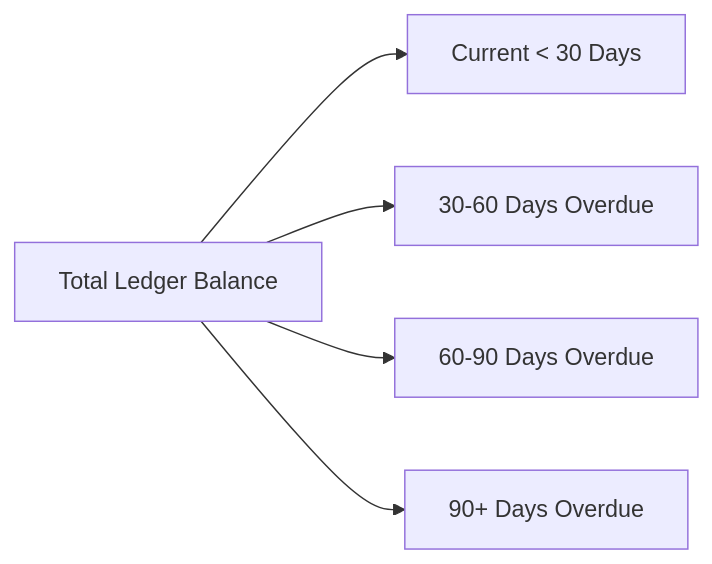
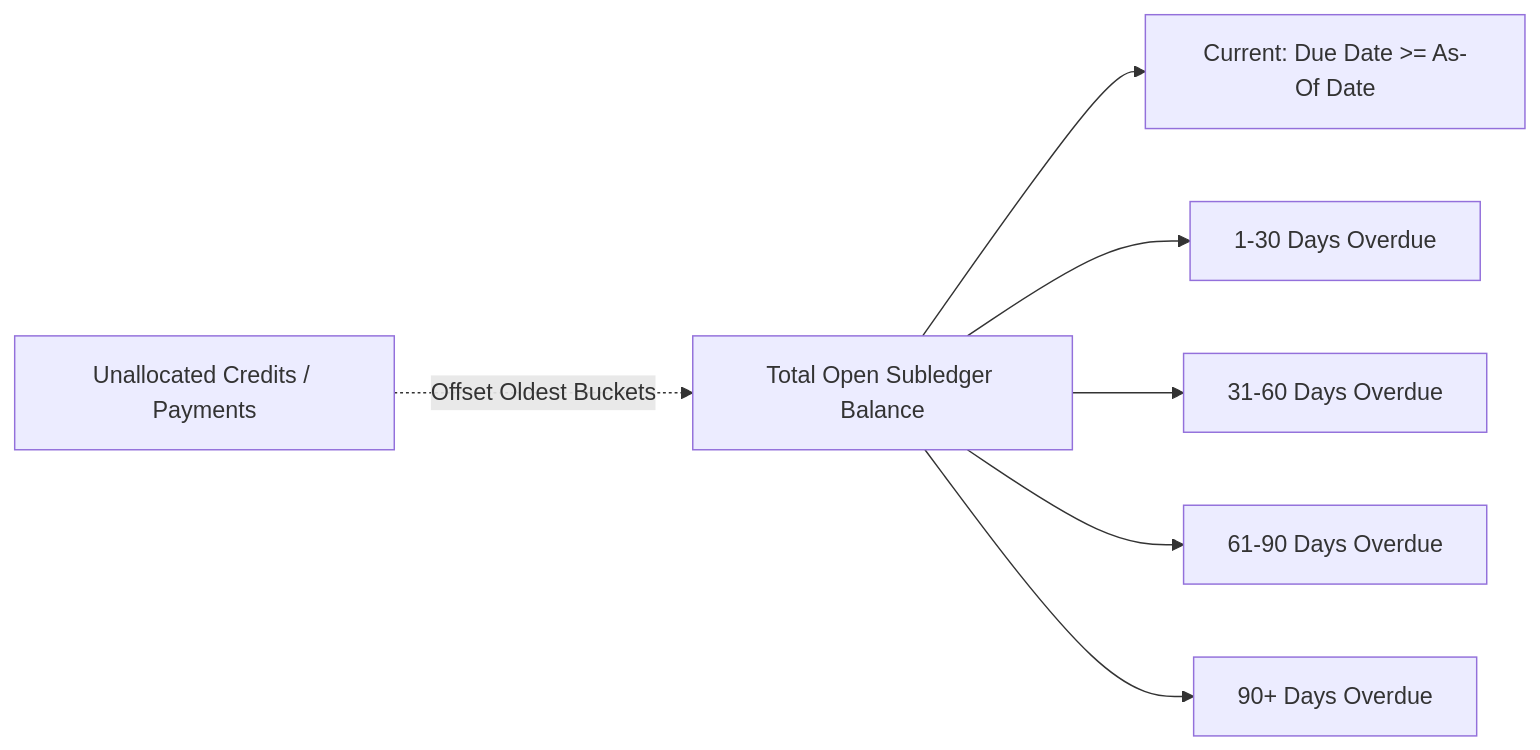
Before and after one commit to herobmdotcom/herobm: the diagram in docs/user/balances.md, drawn with Mermaid. The commit also changed other lines of this file and 168 other files, not shown here.

````diff
--- a/docs/user/balances.md
+++ b/docs/user/balances.md
@@ -42,7 +49,9 @@
 ```mermaid
 flowchart LR
-    A[Total Ledger Balance] --> B[Current < 30 Days]
-    A --> C[30-60 Days Overdue]
-    A --> D[60-90 Days Overdue]
+    A[Total Open Subledger Balance] --> B[Current: Due Date >= As-Of Date]
+    A --> C[1-30 Days Overdue]
+    A --> C2[31-60 Days Overdue]
+    A --> D[61-90 Days Overdue]
     A --> E[90+ Days Overdue]
+    U[Unallocated Credits / Payments] -.->|Offset Oldest Buckets| A
 ```
````
